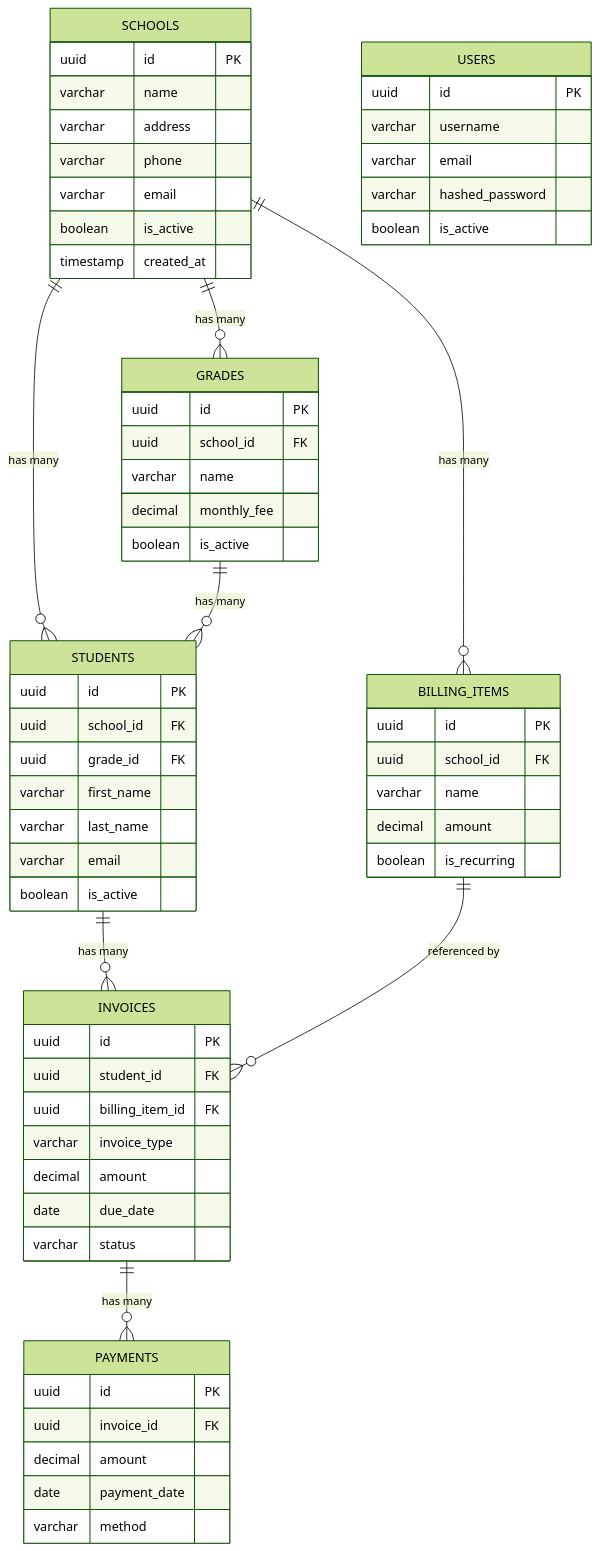
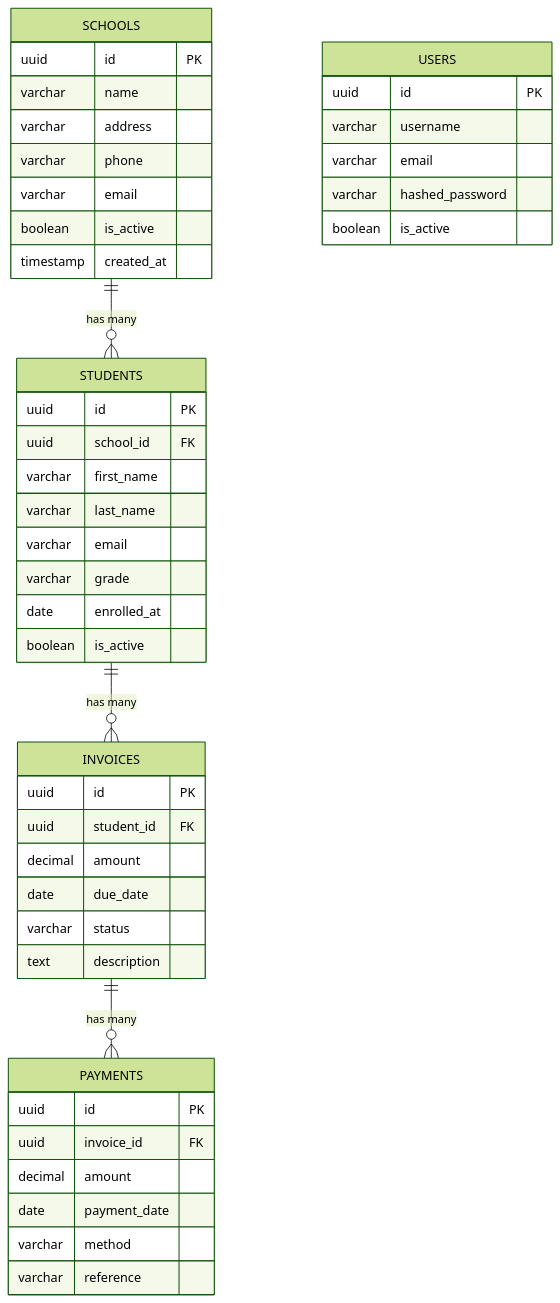
Before and after one commit to javiladeveloper/mattilda-challenge: the first of 2 diagrams in README.md, drawn with Mermaid (forest theme). The commit also changed other lines of this file and 70 other files, not shown here.

First line of the commit message:
refactor: migrate architecture from Clean Architecture to DDD

````diff
--- a/README.md
+++ b/README.md
@@ -52,72 +68,53 @@
 ```mermaid
 erDiagram
     SCHOOLS ||--o{ STUDENTS : "has many"
-    SCHOOLS ||--o{ GRADES : "has many"
-    SCHOOLS ||--o{ BILLING_ITEMS : "has many"
-    GRADES ||--o{ STUDENTS : "has many"
     STUDENTS ||--o{ INVOICES : "has many"
     INVOICES ||--o{ PAYMENTS : "has many"
-    BILLING_ITEMS ||--o{ INVOICES : "referenced by"
 
     SCHOOLS {
         uuid id PK
         varchar name
         varchar address
         varchar phone
         varchar email
         boolean is_active
         timestamp created_at
     }
 
-    GRADES {
-        uuid id PK
-        uuid school_id FK
-        varchar name
-        decimal monthly_fee
-        boolean is_active
-    }
-
-    BILLING_ITEMS {
-        uuid id PK
-        uuid school_id FK
-        varchar name
-        decimal amount
-        boolean is_recurring
-    }
-
     STUDENTS {
         uuid id PK
         uuid school_id FK
-        uuid grade_id FK
         varchar first_name
         varchar last_name
         varchar email
+        varchar grade
+        date enrolled_at
         boolean is_active
     }
 
     INVOICES {
         uuid id PK
         uuid student_id FK
-        uuid billing_item_id FK
-        varchar invoice_type
         decimal amount
         date due_date
         varchar status
+        text description
     }
 
     PAYMENTS {
         uuid id PK
         uuid invoice_id FK
         decimal amount
         date payment_date
         varchar method
+        varchar reference
     }
 
     USERS {
         uuid id PK
         varchar username
         varchar email
         varchar hashed_password
         boolean is_active
     }
 ```
````
